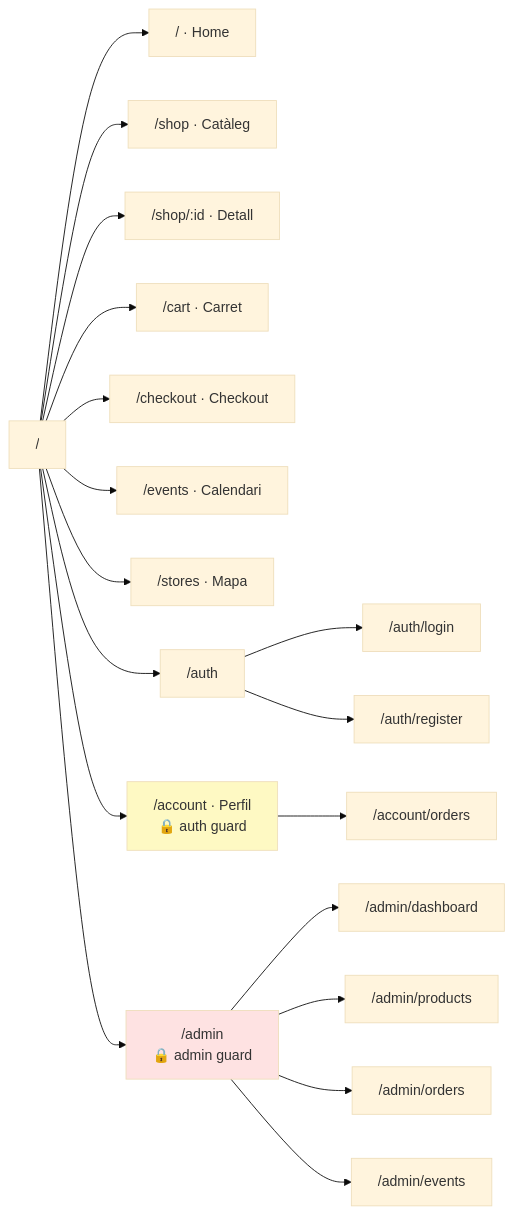
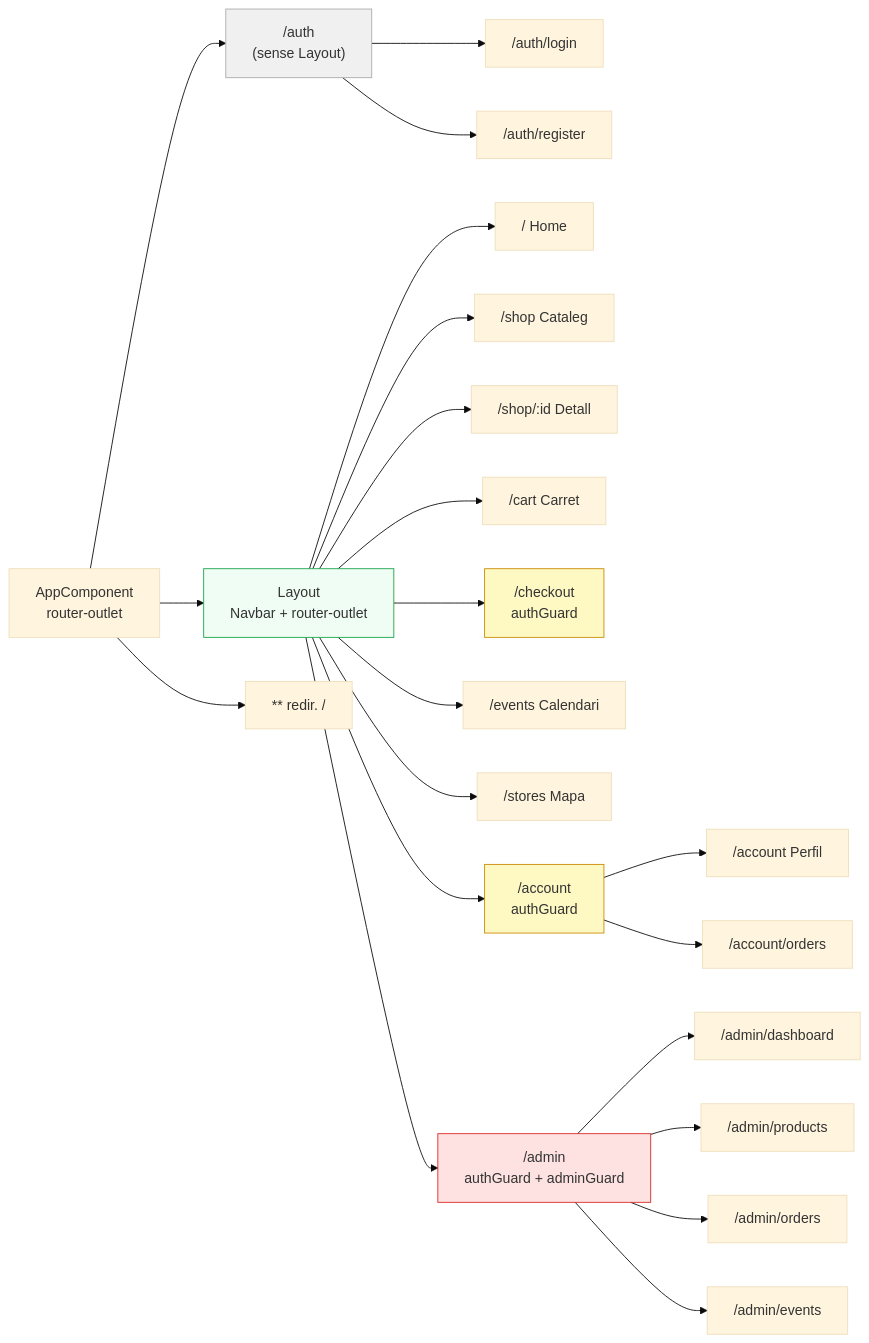
One commit to isahun/winter-garden changed the eighth of 8 diagrams in DIAGRAMS.md. Above: the diagram before and after it, drawn with Mermaid (base theme). The commit also changed other lines of this file, not shown here.

Commit message:
docs: fix Mermaid node labels for obsidian render

````diff
--- a/DIAGRAMS.md
+++ b/DIAGRAMS.md
@@ -290,23 +290,33 @@
 ```mermaid
 graph LR
-    ROOT["/"] --> HOME["/ · Home"]
-    ROOT --> SHOP["/shop · Catàleg"]
-    ROOT --> DETAIL["/shop/:id · Detall"]
-    ROOT --> CART["/cart · Carret"]
-    ROOT --> CHECKOUT["/checkout · Checkout"]
-    ROOT --> EVENTS["/events · Calendari"]
-    ROOT --> STORES["/stores · Mapa"]
-    ROOT --> AUTH["/auth"]
+    ROOT["AppComponent<br/>router-outlet"] --> AUTH["/auth<br/>(sense Layout)"]
+    ROOT --> LAYOUT["Layout<br/>Navbar + router-outlet"]
+    ROOT --> WILD["** redir. /"]
+
     AUTH --> LOGIN["/auth/login"]
     AUTH --> REGISTER["/auth/register"]
-    ROOT --> ACCOUNT["/account · Perfil\n🔒 auth guard"]
-    ACCOUNT --> ORDERS["/account/orders"]
-    ROOT --> ADMIN["/admin\n🔒 admin guard"]
+
+    LAYOUT --> HOME["/ Home"]
+    LAYOUT --> SHOP["/shop Cataleg"]
+    LAYOUT --> DETAIL["/shop/:id Detall"]
+    LAYOUT --> CART["/cart Carret"]
+    LAYOUT --> CHECKOUT["/checkout<br/>authGuard"]
+    LAYOUT --> EVENTS["/events Calendari"]
+    LAYOUT --> STORES["/stores Mapa"]
+    LAYOUT --> ACCOUNT["/account<br/>authGuard"]
+    LAYOUT --> ADMIN["/admin<br/>authGuard + adminGuard"]
+
+    ACCOUNT --> ACC_ROOT["/account Perfil"]
+    ACCOUNT --> ACC_ORD["/account/orders"]
+
     ADMIN --> DASH["/admin/dashboard"]
     ADMIN --> PROD["/admin/products"]
     ADMIN --> ORD["/admin/orders"]
     ADMIN --> EVT["/admin/events"]
 
-    style ACCOUNT fill:#fef9c3
-    style ADMIN fill:#fee2e2
+    style AUTH fill:#f0f0f0,stroke:#aaa
+    style LAYOUT fill:#f0fdf4,stroke:#16a34a
+    style ACCOUNT fill:#fef9c3,stroke:#ca8a04
+    style CHECKOUT fill:#fef9c3,stroke:#ca8a04
+    style ADMIN fill:#fee2e2,stroke:#dc2626
 ```
````
